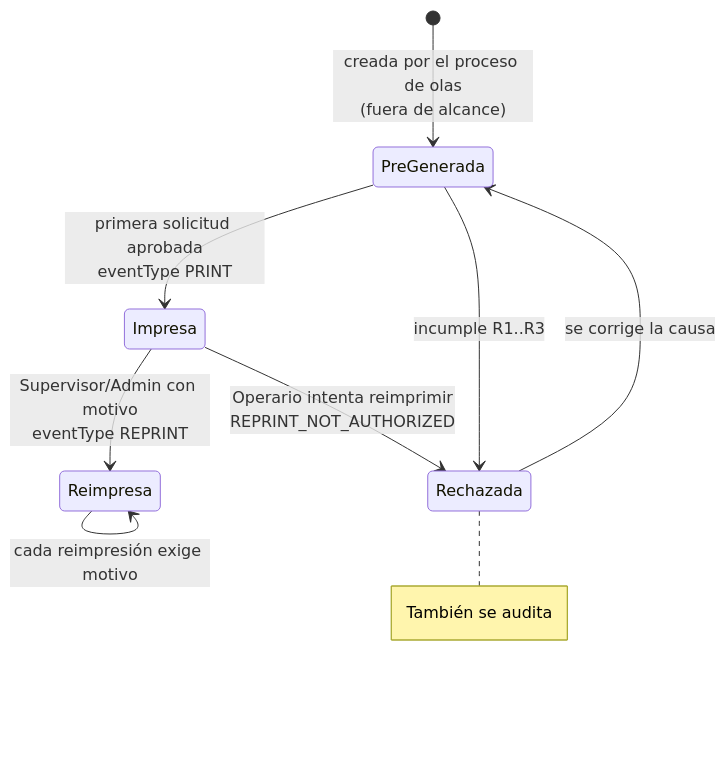
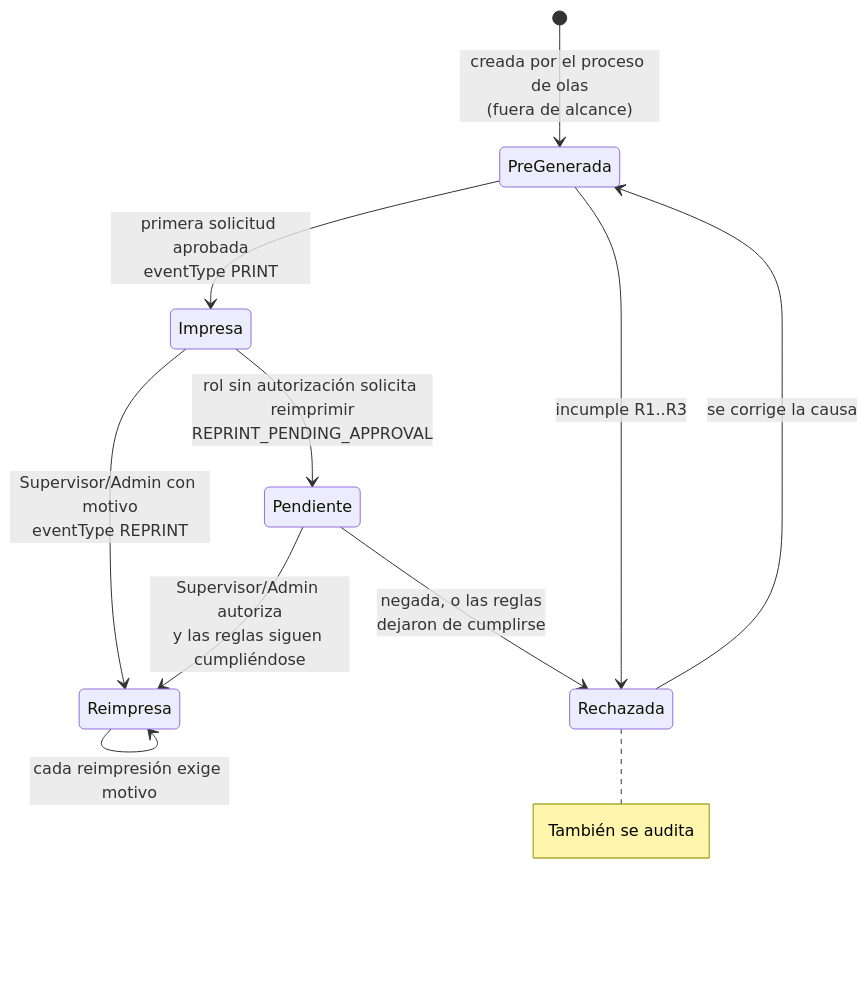
Before and after one commit to anfegave98/Homecenter.Microservice.Api.LabelPrinting: the third of 3 diagrams in docs/domain-model.md, drawn with Mermaid. The commit also changed 31 other files, not shown here.

````diff
--- a/docs/domain-model.md
+++ b/docs/domain-model.md
@@ -208,15 +208,17 @@
 ```mermaid
 stateDiagram-v2
     [*] --> PreGenerada: creada por el proceso de olas<br/>(fuera de alcance)
     PreGenerada --> Impresa: primera solicitud aprobada<br/>eventType PRINT
     Impresa --> Reimpresa: Supervisor/Admin con motivo<br/>eventType REPRINT
     Reimpresa --> Reimpresa: cada reimpresión exige motivo
 
     PreGenerada --> Rechazada: incumple R1..R3
-    Impresa --> Rechazada: Operario intenta reimprimir<br/>REPRINT_NOT_AUTHORIZED
+    Impresa --> Pendiente: rol sin autorización solicita reimprimir<br/>REPRINT_PENDING_APPROVAL
+    Pendiente --> Reimpresa: Supervisor/Admin autoriza<br/>y las reglas siguen cumpliéndose
+    Pendiente --> Rechazada: negada, o las reglas<br/>dejaron de cumplirse
     Rechazada --> PreGenerada: se corrige la causa
 
     note right of Rechazada
         También se audita
     end note
 ```
````
